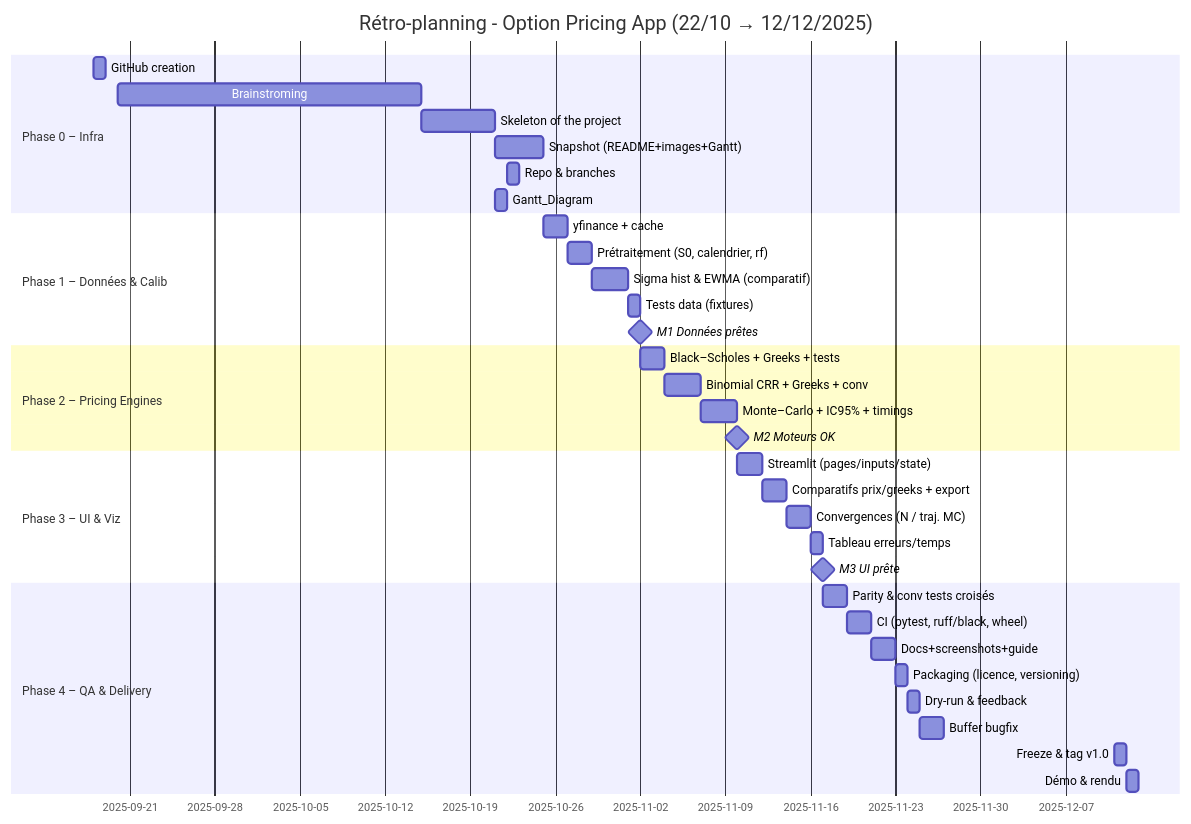
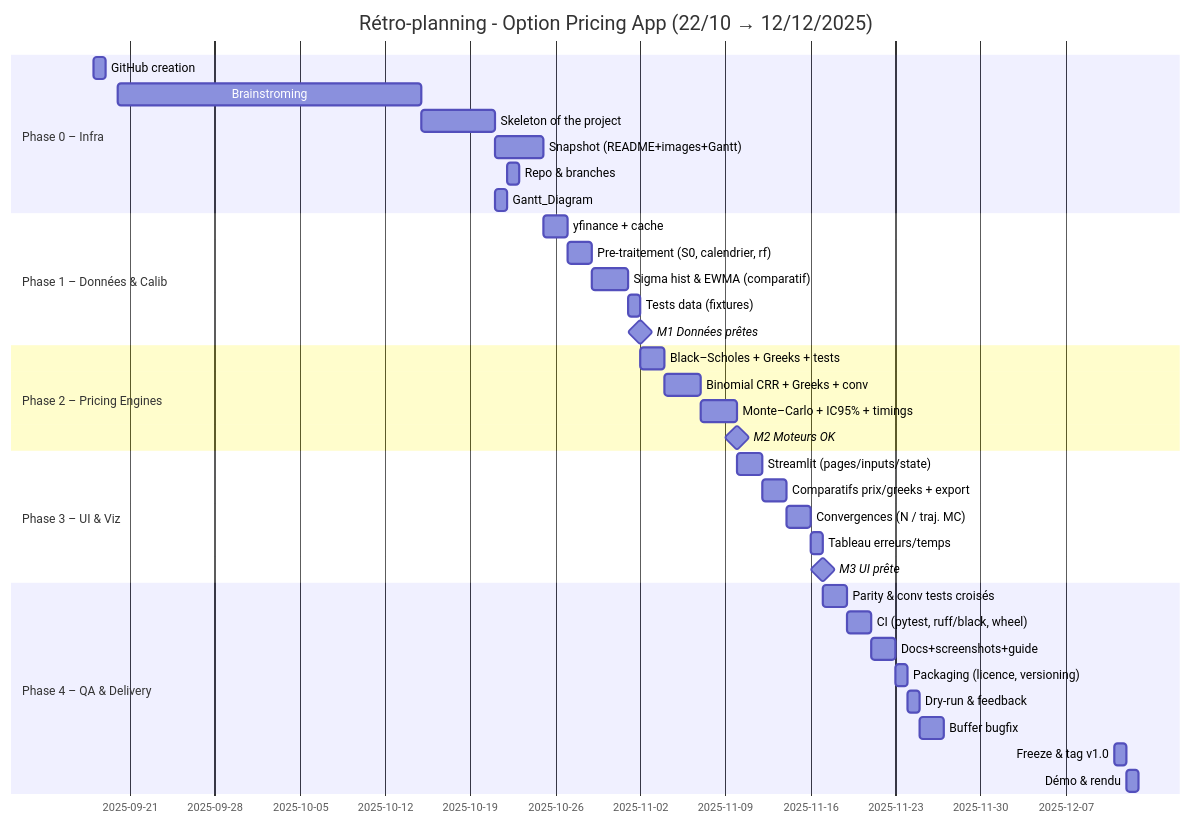
One commit to Karam-Benameur/stream_options changed the diagram in roadmap/Gantt_Diagram.md. Above: the diagram before and after it, drawn with Mermaid.

````diff
--- a/roadmap/Gantt_Diagram.md
+++ b/roadmap/Gantt_Diagram.md
@@ -1,45 +1,45 @@
 ```mermaid
 gantt
     title Rétro-planning - Option Pricing App (22/10 → 12/12/2025)
     dateFormat  YYYY-MM-DD
 
     section Phase 0 – Infra
     GitHub creation                     :s1, 2025-09-18, 1d
     Brainstroming                       :s2, 2025-09-20, 25d
     Skeleton of the project             :s3, 2025-10-15, 6d
     Snapshot (README+images+Gantt)      :s4, 2025-10-21, 4d
     Repo & branches                     :s5, 2025-10-22, 1d
     Gantt_Diagram                       :s6, 2025-10-21, 1d
 
     section Phase 1 – Données & Calib
     yfinance + cache                     :d1, after s4, 2d
-    Prétraitement (S0, calendrier, rf)   :d2, after d1, 2d
+    Pre-traitement (S0, calendrier, rf)  :d2, after d1, 2d
     Sigma hist & EWMA (comparatif)       :d3, after d2, 3d
     Tests data (fixtures)                :d4, after d3, 1d
     M1 Données prêtes                    :milestone, m1, after d4, 0d
 
     section Phase 2 – Pricing Engines
     Black–Scholes + Greeks + tests       :p1, after m1, 2d
     Binomial CRR + Greeks + conv         :p2, after p1, 3d
     Monte–Carlo + IC95% + timings        :p3, after p2, 3d
     M2 Moteurs OK                        :milestone, m2, after p3, 0d
 
     section Phase 3 – UI & Viz
     Streamlit (pages/inputs/state)       :u1, after m2, 2d
     Comparatifs prix/greeks + export     :u2, after u1, 2d
     Convergences (N / traj. MC)          :u3, after u2, 2d
     Tableau erreurs/temps                :u4, after u3, 1d
     M3 UI prête                          :milestone, m3, after u4, 0d
 
     section Phase 4 – QA & Delivery
     Parity & conv tests croisés          :q1, after m3, 2d
     CI (pytest, ruff/black, wheel)       :q2, after q1, 2d
     Docs+screenshots+guide               :q3, after q2, 2d
     Packaging (licence, versioning)      :q4, after q3, 1d
     Dry-run & feedback                   :q5, after q4, 1d
     Buffer bugfix                        :q6, after q5, 2d
     Freeze & tag v1.0                    :rel, 2025-12-11, 1d
     Démo & rendu                         :fin, 2025-12-12, 1d
 
 
 ```
````
